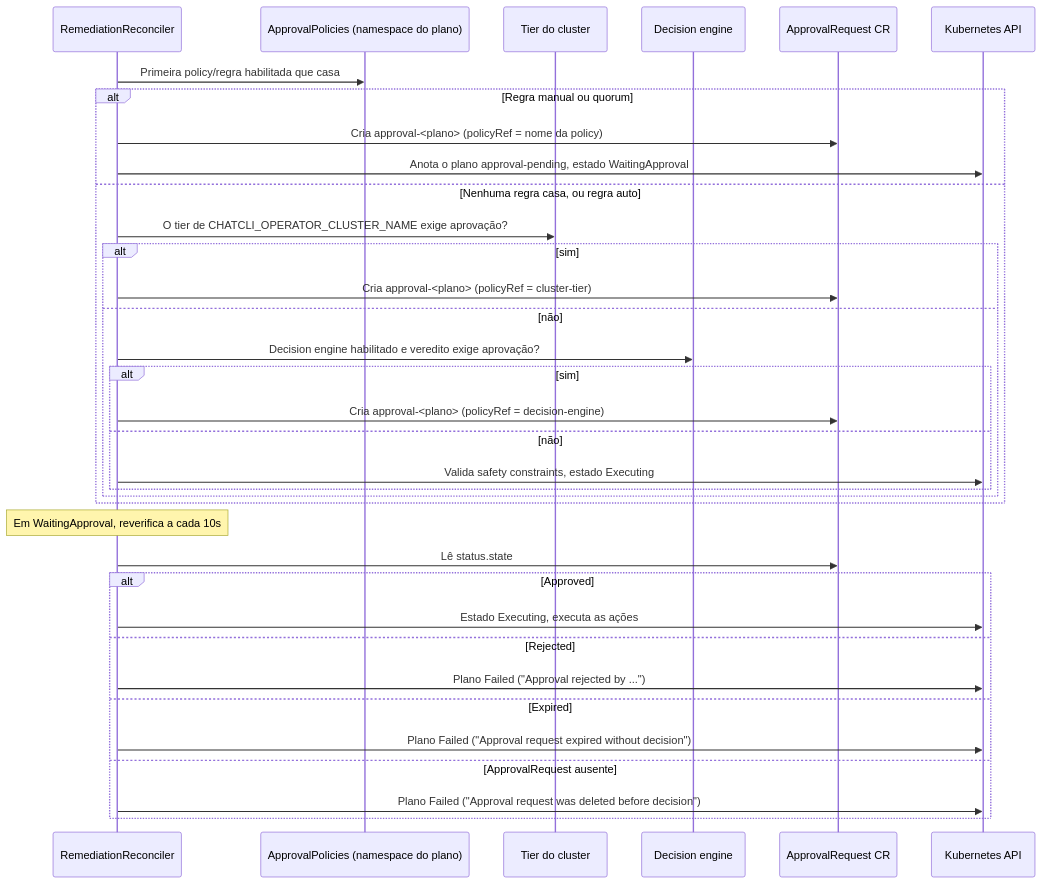
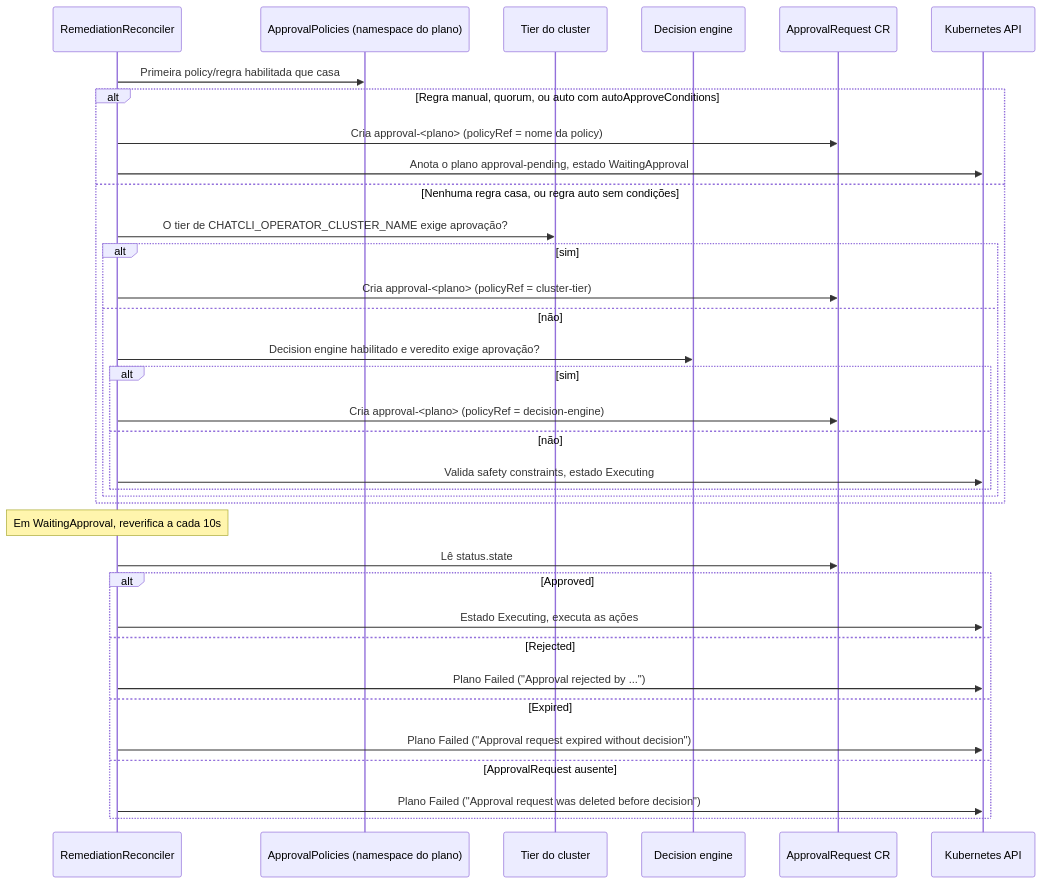
One commit to diillson/chatcli.ai changed the third of 3 diagrams in pt/features/aiops/approval-workflow.mdx. Above: the diagram before and after it, drawn with Mermaid. The commit also changed other lines of this file and 105 other files, not shown here.

````diff
--- a/pt/features/aiops/approval-workflow.mdx
+++ b/pt/features/aiops/approval-workflow.mdx
@@ -357,39 +371,39 @@
 ```mermaid
 sequenceDiagram
     participant RR as RemediationReconciler
     participant AP as ApprovalPolicies (namespace do plano)
     participant CT as Tier do cluster
     participant DE as Decision engine
     participant AReq as ApprovalRequest CR
     participant K8s as Kubernetes API
 
     RR->>AP: Primeira policy/regra habilitada que casa
-    alt Regra manual ou quorum
+    alt Regra manual, quorum, ou auto com autoApproveConditions
         RR->>AReq: Cria approval-<plano> (policyRef = nome da policy)
         RR->>K8s: Anota o plano approval-pending, estado WaitingApproval
-    else Nenhuma regra casa, ou regra auto
+    else Nenhuma regra casa, ou regra auto sem condições
         RR->>CT: O tier de CHATCLI_OPERATOR_CLUSTER_NAME exige aprovação?
         alt sim
             RR->>AReq: Cria approval-<plano> (policyRef = cluster-tier)
         else não
             RR->>DE: Decision engine habilitado e veredito exige aprovação?
             alt sim
                 RR->>AReq: Cria approval-<plano> (policyRef = decision-engine)
             else não
                 RR->>K8s: Valida safety constraints, estado Executing
             end
         end
     end
 
     Note over RR: Em WaitingApproval, reverifica a cada 10s
     RR->>AReq: Lê status.state
     alt Approved
         RR->>K8s: Estado Executing, executa as ações
     else Rejected
         RR->>K8s: Plano Failed ("Approval rejected by ...")
     else Expired
         RR->>K8s: Plano Failed ("Approval request expired without decision")
     else ApprovalRequest ausente
         RR->>K8s: Plano Failed ("Approval request was deleted before decision")
     end
 ```
````
